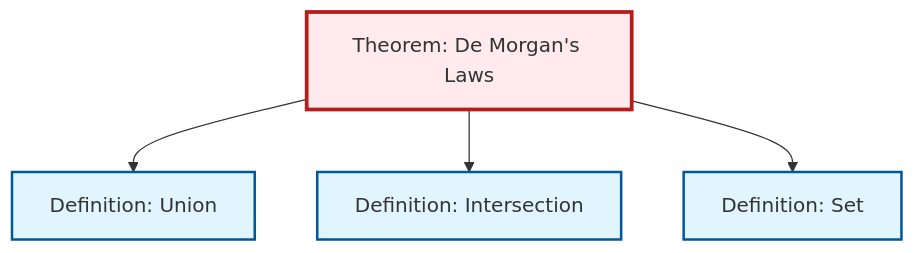
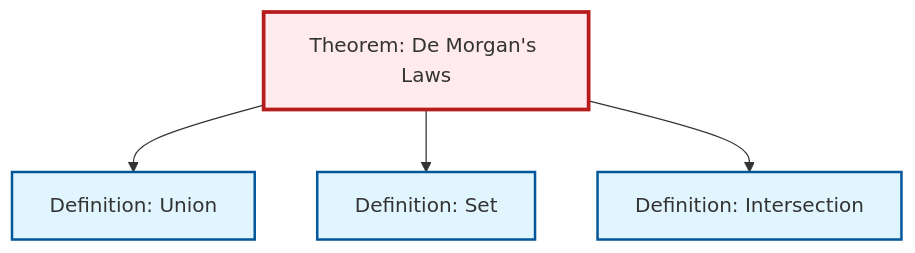
The diagram in content/en/logic-set-theory/thm-de-morgan.qmd (RK0429/ModernMath), drawn with Mermaid before and after one commit. The commit also changed other lines of this file and 474 other files, not shown here.

````diff
--- a/content/en/logic-set-theory/thm-de-morgan.qmd
+++ b/content/en/logic-set-theory/thm-de-morgan.qmd
@@ -78,20 +78,20 @@
 ```{mermaid}
 %%| fig-cap: "Local dependency graph"
 graph TD
     classDef definition fill:#e1f5fe,stroke:#01579b,stroke-width:2px
     classDef theorem fill:#f3e5f5,stroke:#4a148c,stroke-width:2px
     classDef axiom fill:#fff3e0,stroke:#e65100,stroke-width:2px
     classDef example fill:#e8f5e9,stroke:#1b5e20,stroke-width:2px
     classDef current fill:#ffebee,stroke:#b71c1c,stroke-width:3px
-    def-set["Definition: Set"]:::definition
     thm-de-morgan["Theorem: De Morgan's Laws"]:::theorem
     def-intersection["Definition: Intersection"]:::definition
     def-union["Definition: Union"]:::definition
+    def-set["Definition: Set"]:::definition
     thm-de-morgan --> def-union
+    thm-de-morgan --> def-set
     thm-de-morgan --> def-intersection
-    thm-de-morgan --> def-set
     class thm-de-morgan current
-    click def-set "def-set.html" "Go to Set definition"
     click def-intersection "def-intersection.html" "Go to Intersection definition"
     click def-union "def-union.html" "Go to Union definition"
+    click def-set "def-set.html" "Go to Set definition"
 ```
````
